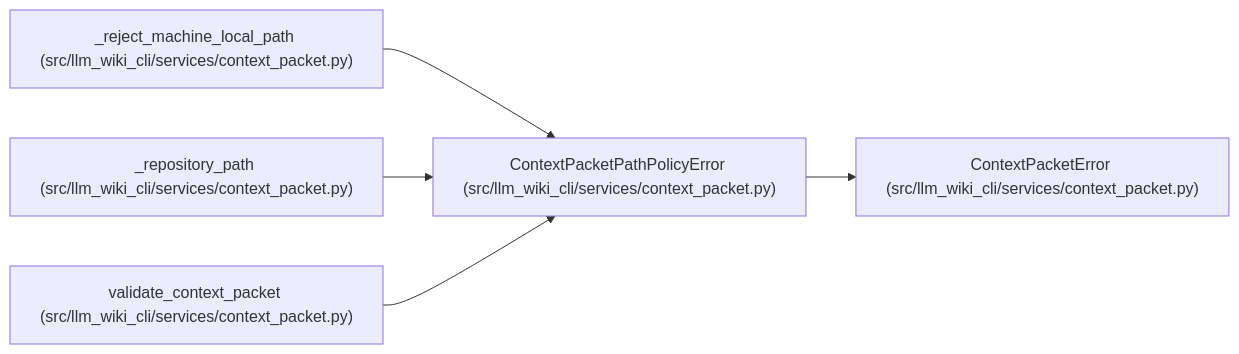
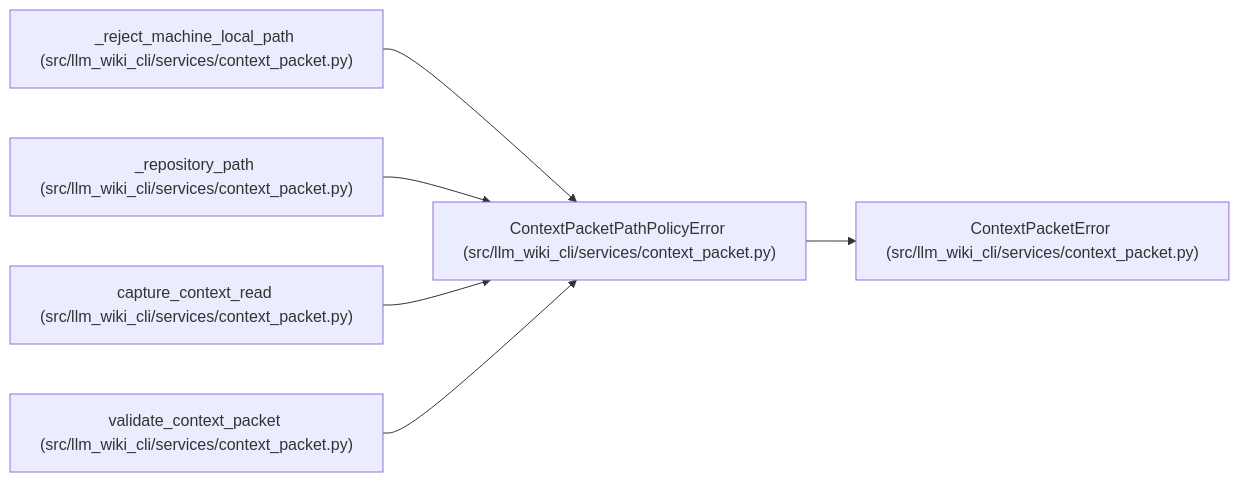
The diagram in docs/llm_wiki/entities/ContextPacketPathPolicyError.md (Denissvgn/python-wiki-llm), drawn with Mermaid before and after one commit. The commit also changed other lines of this file and 364 other files, not shown here.

````diff
--- a/docs/llm_wiki/entities/ContextPacketPathPolicyError.md
+++ b/docs/llm_wiki/entities/ContextPacketPathPolicyError.md
@@ -25,17 +25,20 @@
 ```mermaid
 flowchart LR
     n0["ContextPacketPathPolicyError (src/llm_wiki_cli/services/context_packet.py)"]
     n1["ContextPacketError (src/llm_wiki_cli/services/context_packet.py)"]
     n2["_reject_machine_local_path (src/llm_wiki_cli/services/context_packet.py)"]
     n3["_repository_path (src/llm_wiki_cli/services/context_packet.py)"]
-    n4["validate_context_packet (src/llm_wiki_cli/services/context_packet.py)"]
+    n4["capture_context_read (src/llm_wiki_cli/services/context_packet.py)"]
+    n5["validate_context_packet (src/llm_wiki_cli/services/context_packet.py)"]
     n0 --> n1
     n2 --> n0
     n3 --> n0
     n4 --> n0
+    n5 --> n0
     click n0 "../modules/context_packet.md"
     click n1 "../modules/context_packet.md"
     click n2 "../modules/context_packet.md"
     click n3 "../modules/context_packet.md"
     click n4 "../modules/context_packet.md"
+    click n5 "../modules/context_packet.md"
 ```
````
